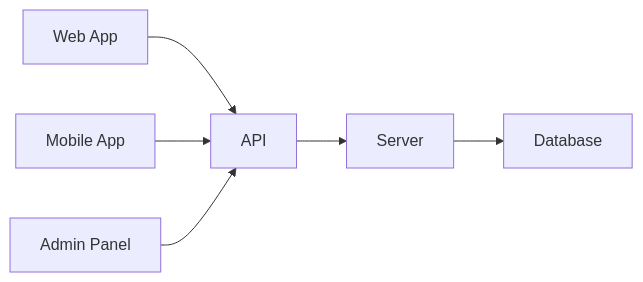
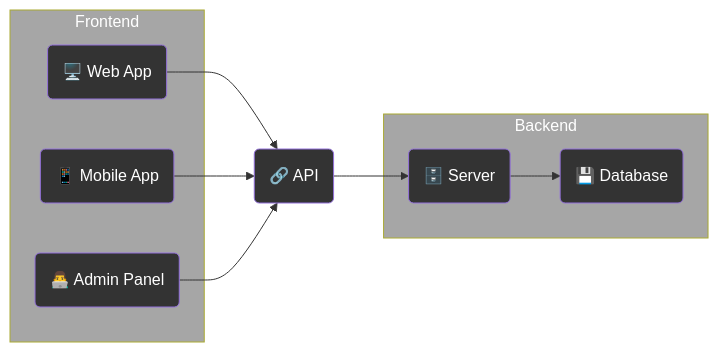
Before and after one commit to AlexJYad/F5-web-knowledge: diagram 12 of 12 in content/articles/capitulo-1.md, drawn with Mermaid. The commit also changed other lines of this file, not shown here.

````diff
--- a/content/articles/capitulo-1.md
+++ b/content/articles/capitulo-1.md
@@ -403,15 +486,26 @@
 ```mermaid
 flowchart LR
-   A[Web App]
-   B[Mobile App]
-   C[Admin Panel]
-   D[API]
-   E[Server]
-   F[Database]
+    subgraph Aa[Frontend]
+        A(🖥️ Web App)
+        B(📱 Mobile App)
+        C(👨‍💻 Admin Panel)
+    end
+
+    D(🔗 API)
+
+    subgraph Ba[Backend]
+        E(🗄️ Server)
+        F(💾 Database)
+    end
 
    A --> D
    B --> D
    C --> D
    D --> E
    E --> F
+
+   classDef styleNods color:#FFFFFF, fill:#333333
+   class A,B,C,D,E,F,G styleNods
+   classDef styleSub color:#FFFFFF,fill:#A6A6A6
+   class Aa,Ba styleSub
 ```
````
